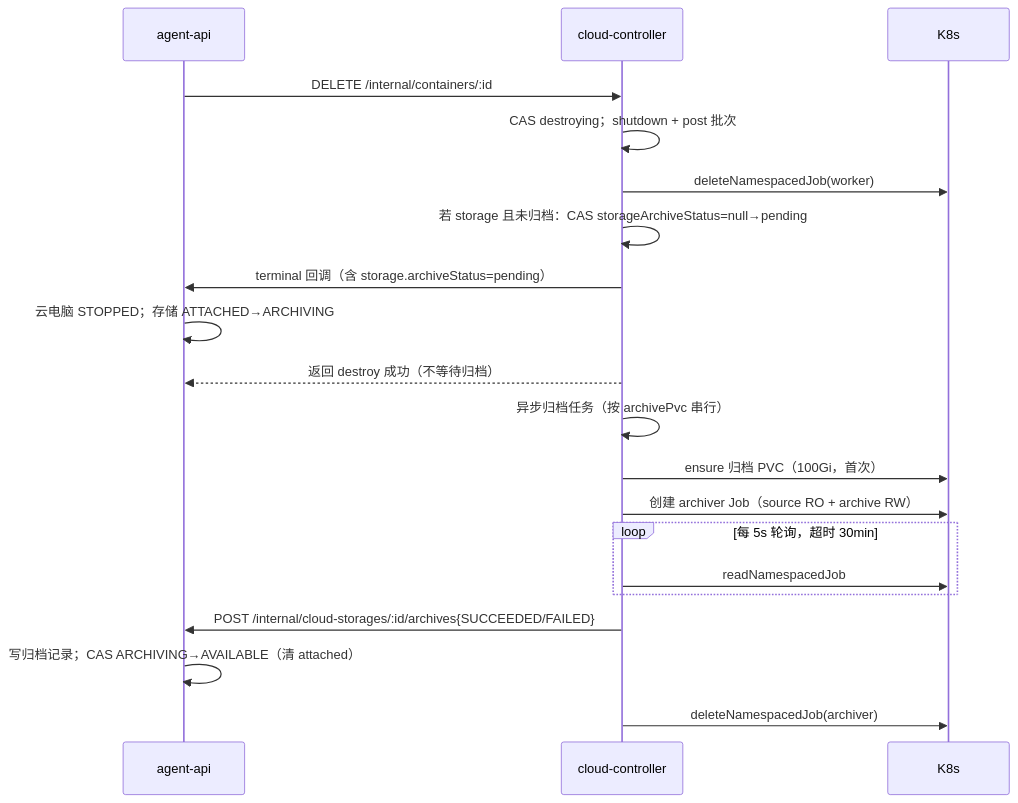
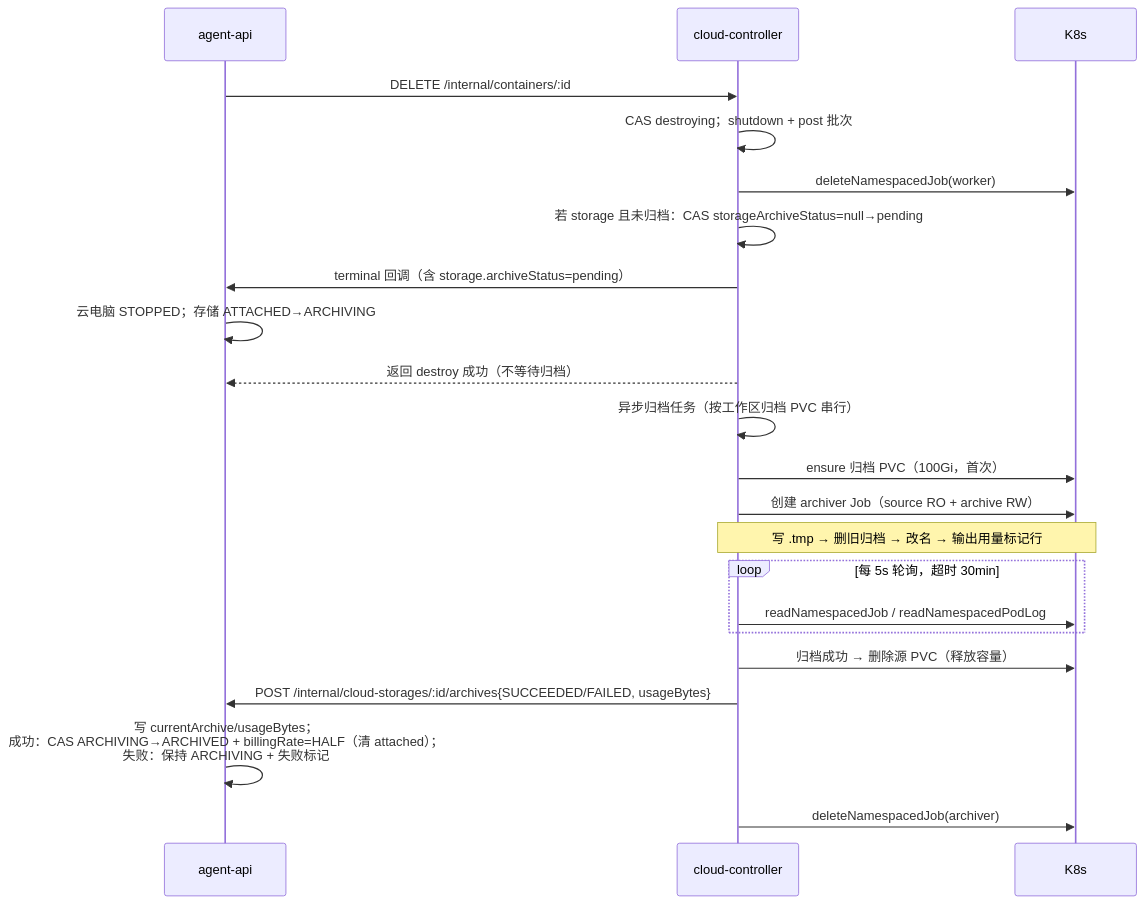
Before and after one commit to Deliay/z-agent-gear: the fourth of 7 diagrams in docs/engineering/proposals/20261102-feat-cloud-storage.md, drawn with Mermaid. The commit also changed other lines of this file and 3 other files, not shown here.

````diff
--- a/docs/engineering/proposals/20261102-feat-cloud-storage.md
+++ b/docs/engineering/proposals/20261102-feat-cloud-storage.md
@@ -654,22 +700,24 @@
 ```mermaid
 sequenceDiagram
     participant A as agent-api
     participant C as cloud-controller
     participant K as K8s
     A->>C: DELETE /internal/containers/:id
     C->>C: CAS destroying；shutdown + post 批次
     C->>K: deleteNamespacedJob(worker)
     C->>C: 若 storage 且未归档：CAS storageArchiveStatus=null→pending
     C->>A: terminal 回调（含 storage.archiveStatus=pending）
     A->>A: 云电脑 STOPPED；存储 ATTACHED→ARCHIVING
     C-->>A: 返回 destroy 成功（不等待归档）
-    C->>C: 异步归档任务（按 archivePvc 串行）
+    C->>C: 异步归档任务（按工作区归档 PVC 串行）
     C->>K: ensure 归档 PVC（100Gi，首次）
     C->>K: 创建 archiver Job（source RO + archive RW）
+    Note over C,K: 写 .tmp → 删旧归档 → 改名 → 输出用量标记行
     loop 每 5s 轮询，超时 30min
-        C->>K: readNamespacedJob
+        C->>K: readNamespacedJob / readNamespacedPodLog
     end
-    C->>A: POST /internal/cloud-storages/:id/archives{SUCCEEDED/FAILED}
-    A->>A: 写归档记录；CAS ARCHIVING→AVAILABLE（清 attached）
+    C->>K: 归档成功 → 删除源 PVC（释放容量）
+    C->>A: POST /internal/cloud-storages/:id/archives{SUCCEEDED/FAILED, usageBytes}
+    A->>A: 写 currentArchive/usageBytes；<br/>成功：CAS ARCHIVING→ARCHIVED + billingRate=HALF（清 attached）；<br/>失败：保持 ARCHIVING + 失败标记
     C->>K: deleteNamespacedJob(archiver)
 ```
````
